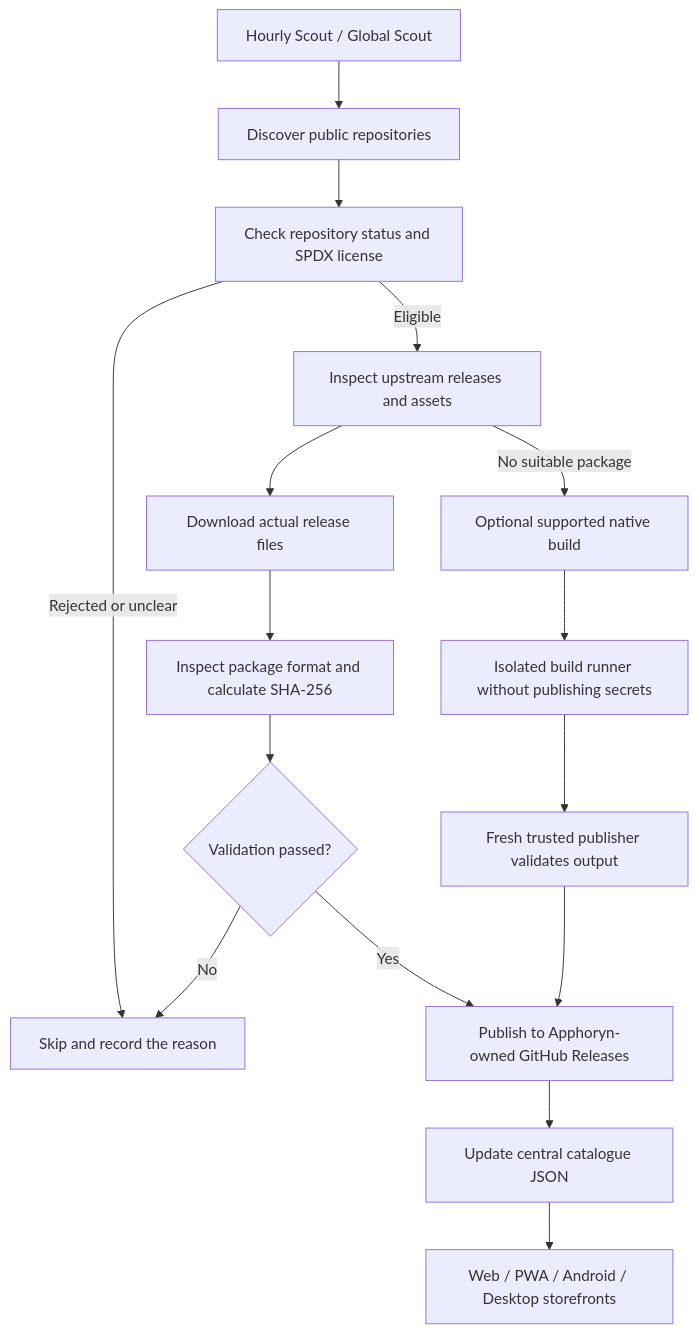
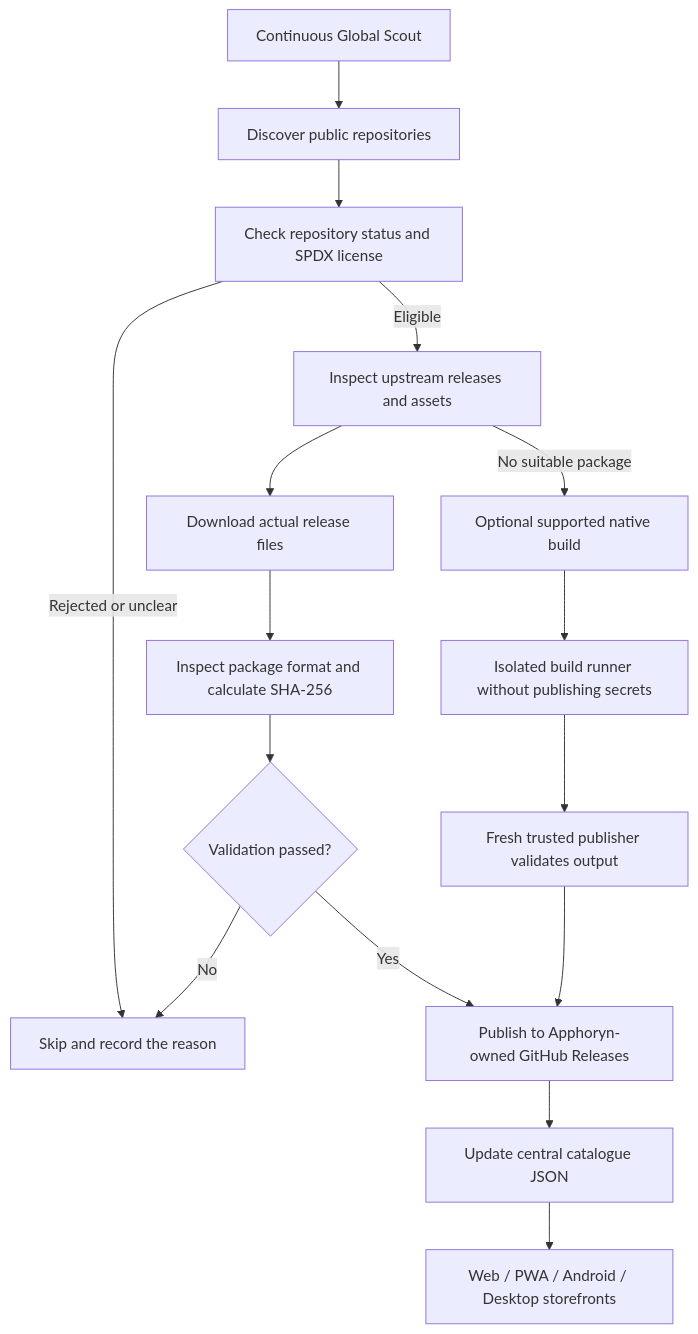
Before and after one commit to ibra8y3-web/Apphoryn: the first of 2 diagrams in README.md, drawn with Mermaid. The commit also changed other lines of this file, not shown here.

Commit message:
Document minute-paced continuous catalog automation

````diff
--- a/README.md
+++ b/README.md
@@ -96,18 +96,18 @@
 ```mermaid
 flowchart TD
-    A["Hourly Scout / Global Scout"] --> B["Discover public repositories"]
+    A["Continuous Global Scout"] --> B["Discover public repositories"]
     B --> C["Check repository status and SPDX license"]
     C -->|Eligible| D["Inspect upstream releases and assets"]
     C -->|Rejected or unclear| X["Skip and record the reason"]
     D --> E["Download actual release files"]
     E --> F["Inspect package format and calculate SHA-256"]
     F --> G{"Validation passed?"}
     G -->|Yes| H["Publish to Apphoryn-owned GitHub Releases"]
     G -->|No| X
     D -->|No suitable package| I["Optional supported native build"]
     I --> J["Isolated build runner without publishing secrets"]
     J --> K["Fresh trusted publisher validates output"]
     K --> H
     H --> L["Update central catalogue JSON"]
     L --> M["Web / PWA / Android / Desktop storefronts"]
 ```
````
